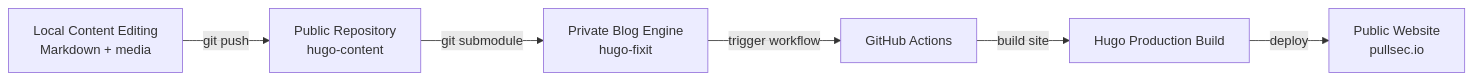
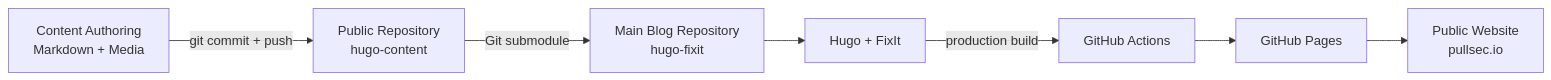
Before and after one commit to pullsec/hugo-content: the diagram in README.md, drawn with Mermaid. The commit also changed other lines of this file, not shown here.

Commit message:
docs: update content architecture and publishing workflow

````diff
--- a/README.md
+++ b/README.md
@@ -49,15 +68,17 @@
 ```mermaid
 flowchart LR
-    A[Local Content Editing<br/>Markdown + media]
+    A[Content Authoring<br/>Markdown + Media]
     B[Public Repository<br/>hugo-content]
-    C[Private Blog Engine<br/>hugo-fixit]
-    D[GitHub Actions]
-    E[Hugo Production Build]
-    F[Public Website<br/>pullsec.io]
+    C[Main Blog Repository<br/>hugo-fixit]
+    D[Hugo + FixIt]
+    E[GitHub Actions]
+    F[GitHub Pages]
+    G[Public Website<br/>pullsec.io]
 
-    A -->|git push| B
-    B -->|git submodule| C
-    C -->|trigger workflow| D
-    D -->|build site| E
-    E -->|deploy| F
+    A -->|git commit + push| B
+    B -->|Git submodule| C
+    C --> D
+    D -->|production build| E
+    E --> F
+    F --> G
 ```
````
